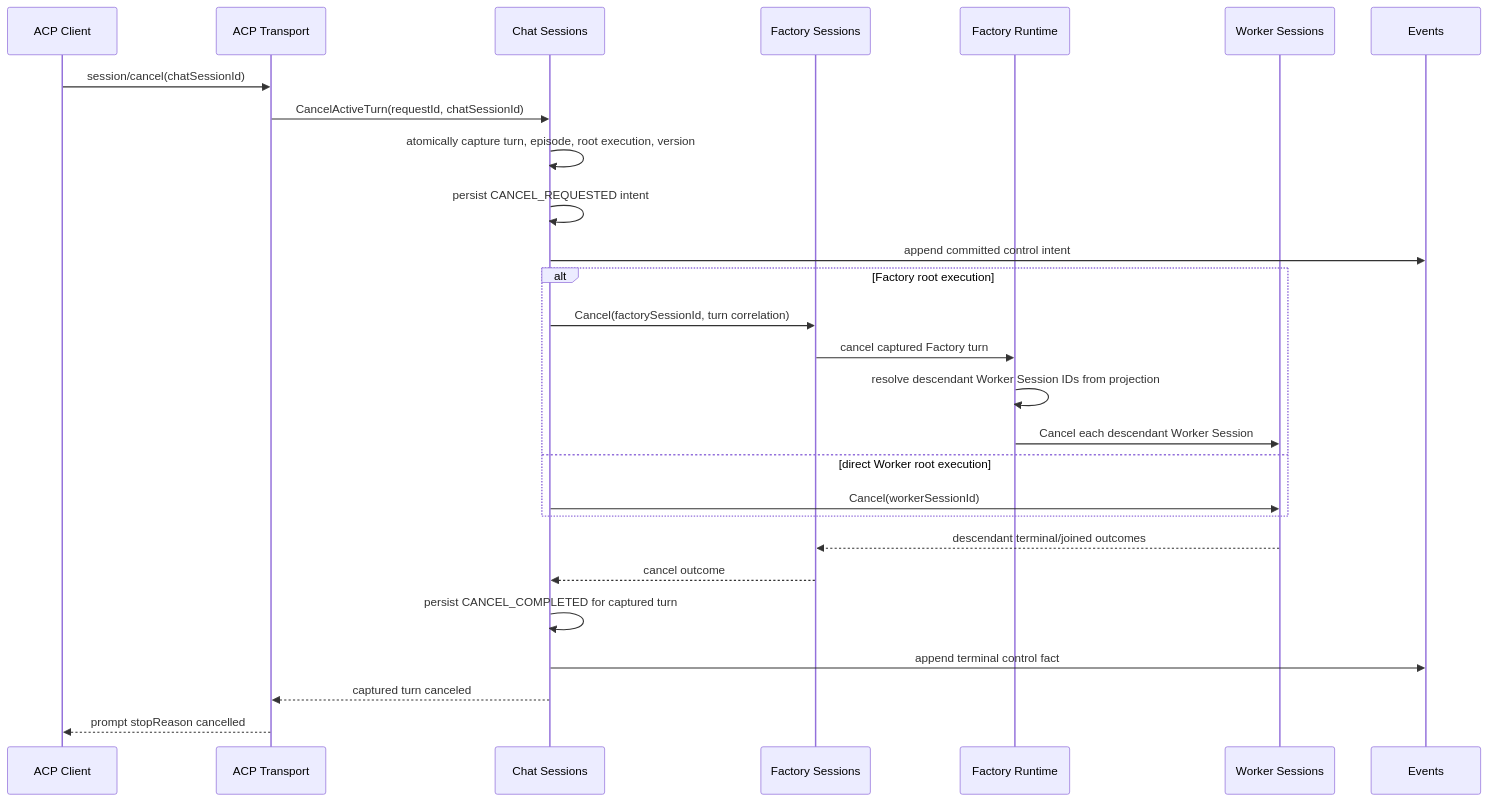
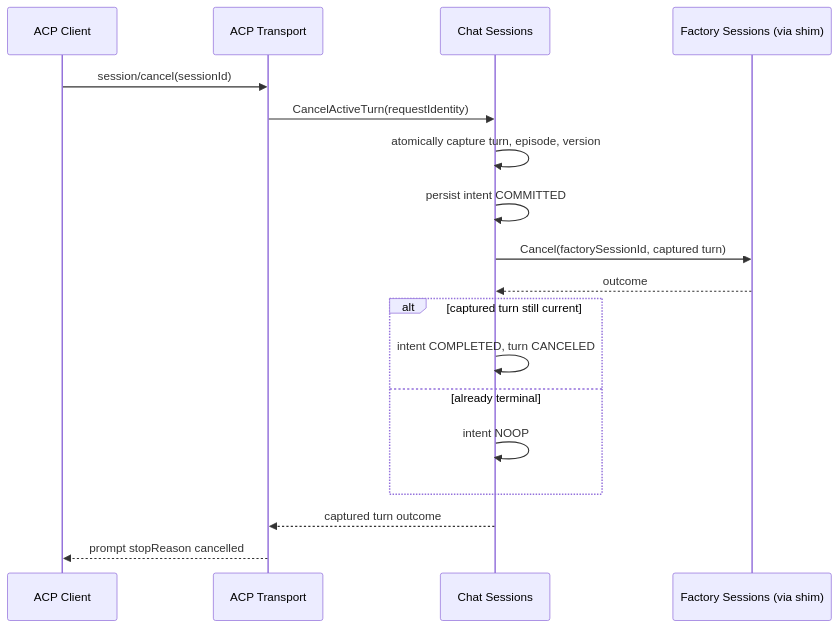
Before and after one commit to portpowered/you-agent-factory: the third of 4 diagrams in docs/internal/projects/acp-client/final-proposal.md, drawn with Mermaid. The commit also changed other lines of this file and 1 other file, not shown here.

````diff
--- a/docs/internal/projects/acp-client/final-proposal.md
+++ b/docs/internal/projects/acp-client/final-proposal.md
@@ -956,30 +529,21 @@
 ```mermaid
 sequenceDiagram
     participant C as ACP Client
     participant A as ACP Transport
     participant Chat as Chat Sessions
-    participant FS as Factory Sessions
-    participant RT as Factory Runtime
-    participant WS as Worker Sessions
-    participant Ev as Events
+    participant FS as Factory Sessions (via shim)
 
-    C->>A: session/cancel(chatSessionId)
-    A->>Chat: CancelActiveTurn(requestId, chatSessionId)
-    Chat->>Chat: atomically capture turn, episode, root execution, version
-    Chat->>Chat: persist CANCEL_REQUESTED intent
-    Chat->>Ev: append committed control intent
-    alt Factory root execution
-        Chat->>FS: Cancel(factorySessionId, turn correlation)
-        FS->>RT: cancel captured Factory turn
-        RT->>RT: resolve descendant Worker Session IDs from projection
-        RT->>WS: Cancel each descendant Worker Session
-    else direct Worker root execution
-        Chat->>WS: Cancel(workerSessionId)
+    C->>A: session/cancel(sessionId)
+    A->>Chat: CancelActiveTurn(requestIdentity)
+    Chat->>Chat: atomically capture turn, episode, version
+    Chat->>Chat: persist intent COMMITTED
+    Chat->>FS: Cancel(factorySessionId, captured turn)
+    FS-->>Chat: outcome
+    alt captured turn still current
+        Chat->>Chat: intent COMPLETED, turn CANCELED
+    else already terminal
+        Chat->>Chat: intent NOOP
     end
-    WS-->>FS: descendant terminal/joined outcomes
-    FS-->>Chat: cancel outcome
-    Chat->>Chat: persist CANCEL_COMPLETED for captured turn
-    Chat->>Ev: append terminal control fact
-    Chat-->>A: captured turn canceled
+    Chat-->>A: captured turn outcome
     A-->>C: prompt stopReason cancelled
 ```
````
